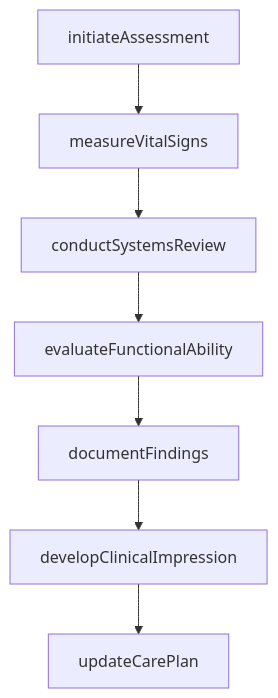
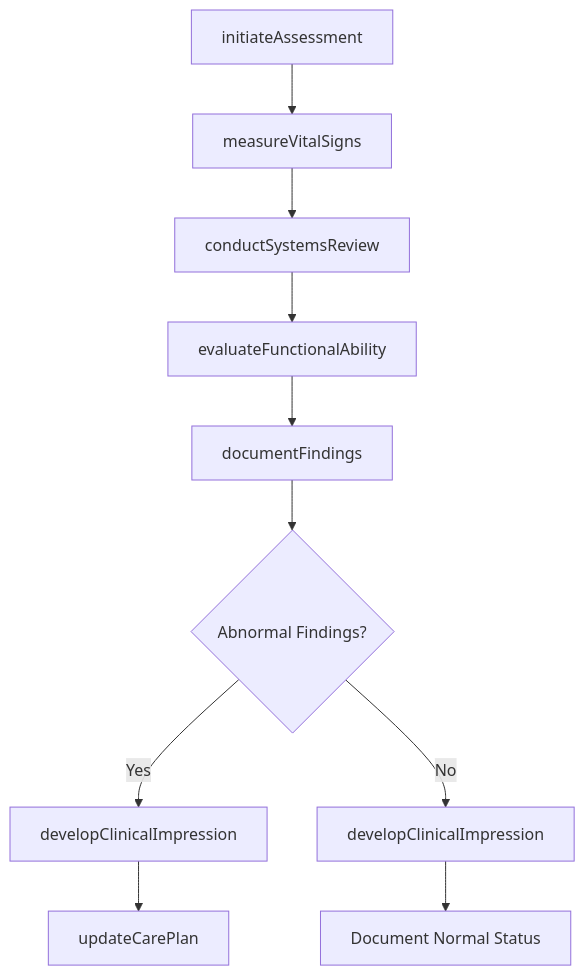
The third of 4 diagrams in JudgingTheQualitiesOfObjectsServicesOrPeople/EvaluatePatientOrClientConditionOrTreatmentOptions/AssessPhysicalConditionsPatientsAid.mdx (dot-org-ai/tasks.org.ai), drawn with Mermaid before and after one commit. The commit also changed other lines of this file and 266 other files, not shown here.

First line of the commit message:
feat: Add ER diagrams, state diagrams to wave 2 batch (251 DWA files)

````diff
--- a/JudgingTheQualitiesOfObjectsServicesOrPeople/EvaluatePatientOrClientConditionOrTreatmentOptions/AssessPhysicalConditionsPatientsAid.mdx
+++ b/JudgingTheQualitiesOfObjectsServicesOrPeople/EvaluatePatientOrClientConditionOrTreatmentOptions/AssessPhysicalConditionsPatientsAid.mdx
@@ -87,9 +114,12 @@
 ```mermaid
 graph TD
     A[initiateAssessment] --> B[measureVitalSigns]
     B --> C[conductSystemsReview]
     C --> D[evaluateFunctionalAbility]
     D --> E[documentFindings]
-    E --> F[developClinicalImpression]
-    F --> G[updateCarePlan]
+    E --> F{Abnormal Findings?}
+    F -->|Yes| G[developClinicalImpression]
+    G --> H[updateCarePlan]
+    F -->|No| I[developClinicalImpression]
+    I --> J[Document Normal Status]
 ```
````
